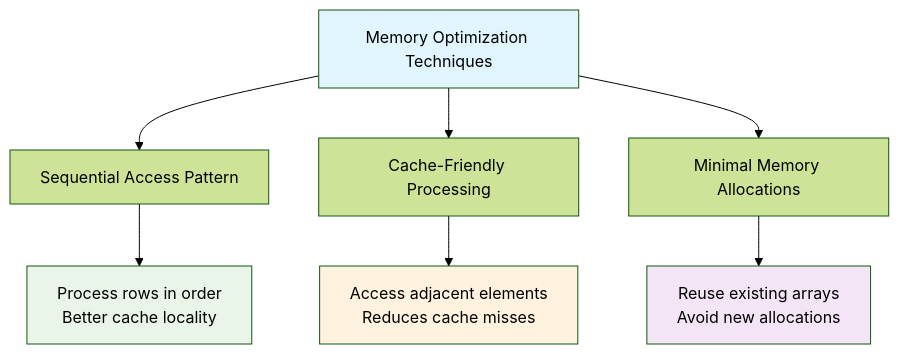
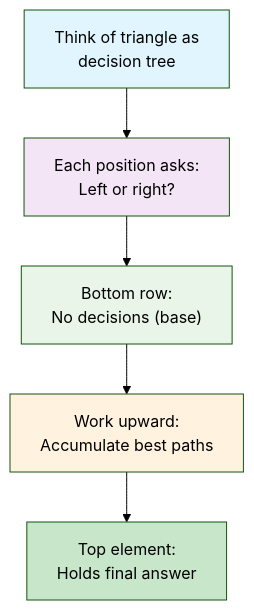
One commit to LuckyLongre123/DSA_CPP changed diagram 14 of 18 in Day_042/README.md. Above: the diagram before and after it, drawn with Mermaid (forest theme). The commit also changed other lines of this file and 22 other files, not shown here.

````diff
--- a/Day_042/README.md
+++ b/Day_042/README.md
@@ -466,15 +809,13 @@
 ```mermaid
 flowchart TD
-    A[Memory Optimization Techniques] --> B[Sequential Access Pattern]
-    A --> C[Cache-Friendly Processing]
-    A --> D[Minimal Memory Allocations]
-    
-    B --> B1[Process rows in order<br/>Better cache locality]
-    C --> C1[Access adjacent elements<br/>Reduces cache misses]
-    D --> D1[Reuse existing arrays<br/>Avoid new allocations]
+    A["Think of triangle as<br/>decision tree"] --> B["Each position asks:<br/>Left or right?"]
+    B --> C["Bottom row:<br/>No decisions (base)"]
+    C --> D["Work upward:<br/>Accumulate best paths"]
+    D --> E["Top element:<br/>Holds final answer"]
     
     style A fill:#e1f5fe
-    style B1 fill:#e8f5e8
-    style C1 fill:#fff3e0
-    style D1 fill:#f3e5f5
+    style B fill:#f3e5f5
+    style C fill:#e8f5e8
+    style D fill:#fff3e0
+    style E fill:#c8e6c9
 ```
````
